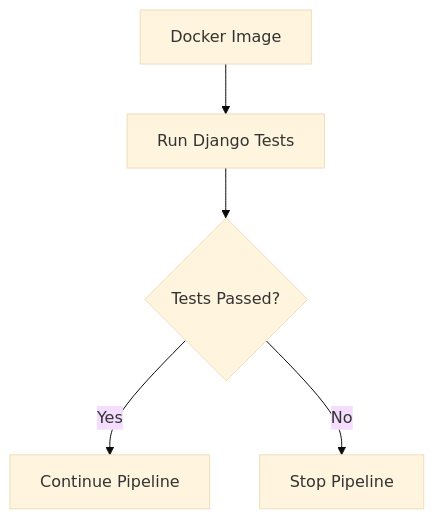
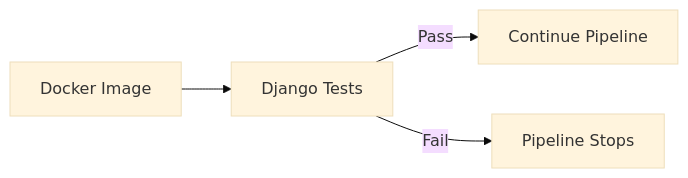
Before and after one commit to Yuvii2102/My-Devops-Cloud-Journey: the third of 26 diagrams in DevOps-Labs-and-Projects/33-CI-CD-Interview-Prep/README.md, drawn with Mermaid (base theme). The commit also changed other lines of this file, not shown here.

````diff
--- a/DevOps-Labs-and-Projects/33-CI-CD-Interview-Prep/README.md
+++ b/DevOps-Labs-and-Projects/33-CI-CD-Interview-Prep/README.md
@@ -206,7 +143,6 @@
 ```mermaid
-flowchart TD
-    A[Docker Image] --> B[Run Django Tests]
-    B --> C{Tests Passed?}
-    C -->|Yes| D[Continue Pipeline]
-    C -->|No| E[Stop Pipeline]
+flowchart LR
+    IMAGE["Docker Image"] --> TEST["Django Tests"]
+    TEST -->|Pass| NEXT["Continue Pipeline"]
+    TEST -->|Fail| STOP["Pipeline Stops"]
 ```
````
